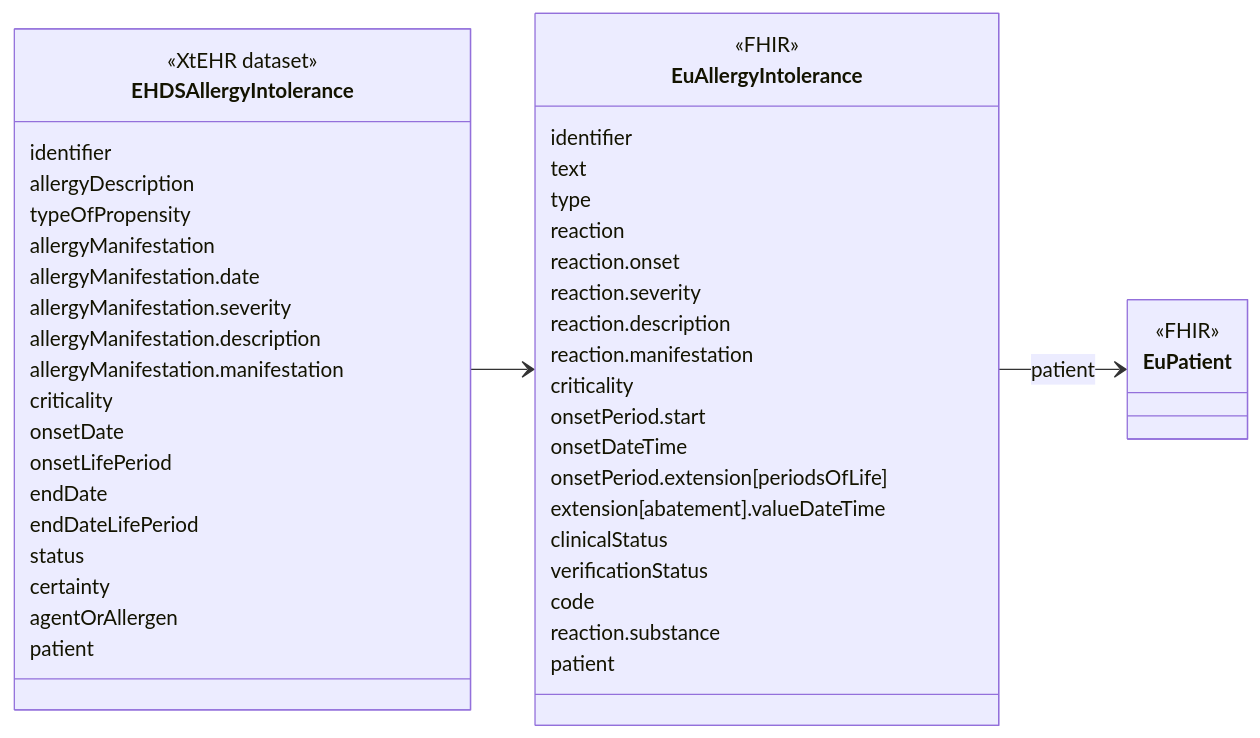
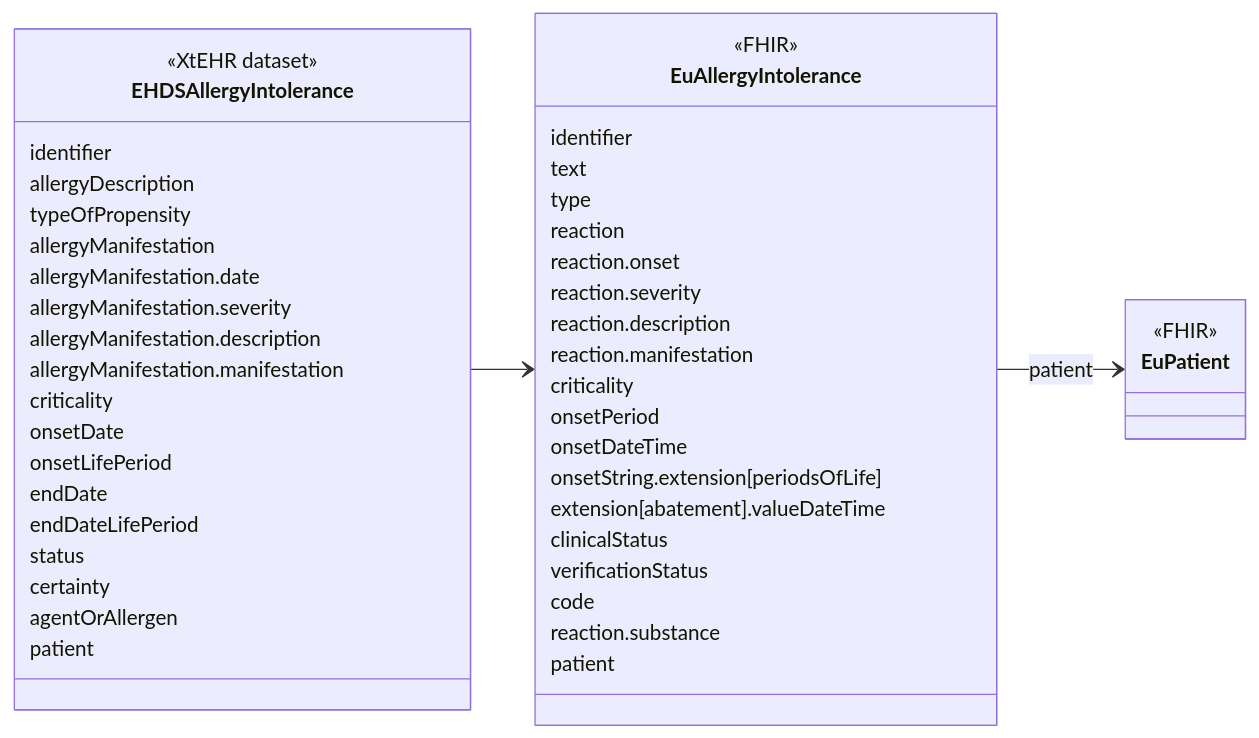
Before and after one commit to oijauregui/ehdsimaging: the diagram in input/intro-notes/ConceptMap-EHDSAllergyIntoleranceMap-intro.md, drawn with Mermaid. The commit also changed 5 other files, not shown here.

````diff
--- a/input/intro-notes/ConceptMap-EHDSAllergyIntoleranceMap-intro.md
+++ b/input/intro-notes/ConceptMap-EHDSAllergyIntoleranceMap-intro.md
@@ -5,52 +5,52 @@
 ```mermaid
 classDiagram
 direction LR
 class EHDSAllergyIntolerance {
   <<XtEHR dataset>>
   identifier
   allergyDescription
   typeOfPropensity
   allergyManifestation
   allergyManifestation.date
   allergyManifestation.severity
   allergyManifestation.description
   allergyManifestation.manifestation
   criticality
   onsetDate
   onsetLifePeriod
   endDate
   endDateLifePeriod
   status
   certainty
   agentOrAllergen
   patient
 }
 link EHDSAllergyIntolerance "https://build.fhir.org/ig/Xt-EHR/xt-ehr-common/StructureDefinition-EHDSAllergyIntolerance.html"
 class EuAllergyIntolerance{
   <<FHIR>>
   identifier
   text
   type
   reaction
   reaction.onset
   reaction.severity
   reaction.description
   reaction.manifestation
   criticality
-  onsetPeriod.start
+  onsetPeriod
   onsetDateTime
-  onsetPeriod.extension[periodsOfLife]
+  onsetString.extension[periodsOfLife]
   extension[abatement].valueDateTime
   clinicalStatus
   verificationStatus
   code
   reaction.substance
   patient
 }
 
 class EuPatient {
   <<FHIR>>
 }
 EHDSAllergyIntolerance --> EuAllergyIntolerance
 EuAllergyIntolerance --> EuPatient : patient
 ```
````
